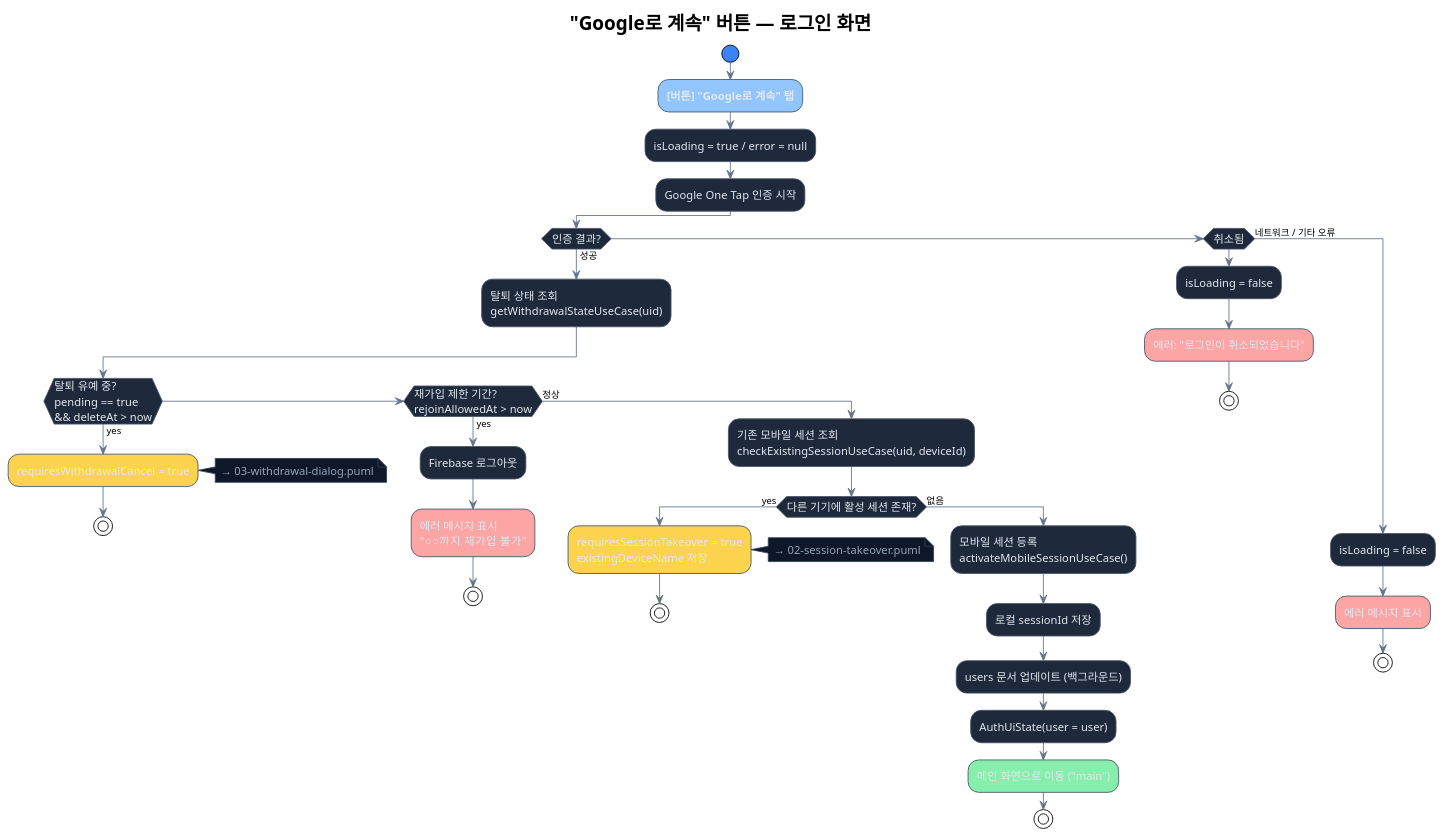
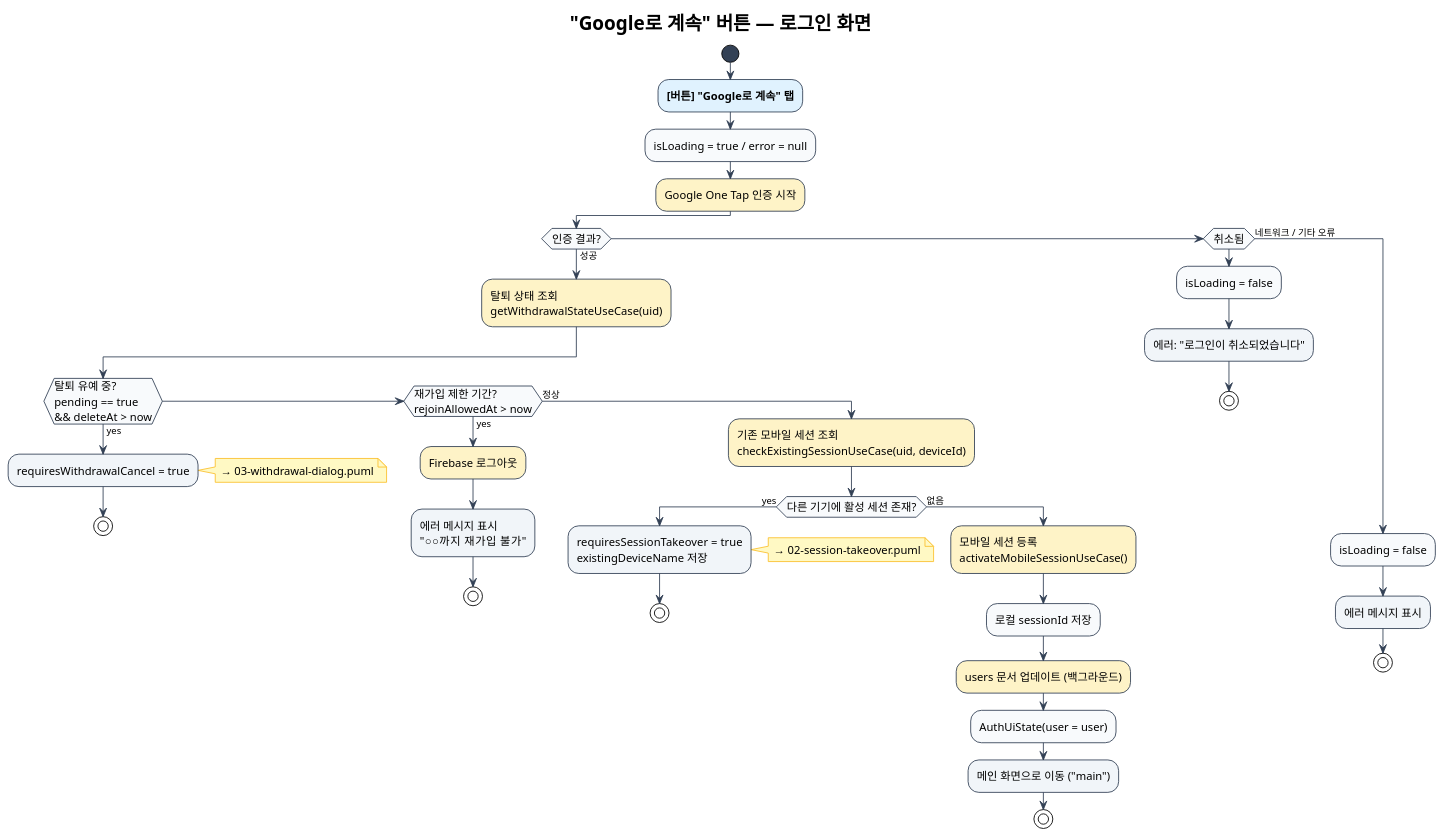
One commit to doubtmyself/ProgeressEye changed the diagram in docs/mobile-app/diagrams/01-login-google.puml. Above: the diagram before and after it, drawn with PlantUML. The commit also changed 12 other files, not shown here.

```diff
--- a/docs/mobile-app/diagrams/01-login-google.puml
+++ b/docs/mobile-app/diagrams/01-login-google.puml
@@ -1,83 +1,85 @@
 @startuml
 !theme plain
 title "Google로 계속" 버튼 — 로그인 화면
 
 skinparam defaultFontSize 13
 skinparam ArrowFontSize 11
 skinparam activity {
-  BackgroundColor #1E293B
-  BorderColor #475569
-  FontColor #E2E8F0
-  StartColor #3B82F6
-  EndColor #3B82F6
-  BarColor #475569
+  BackgroundColor #F8FAFC
+  BorderColor #334155
+  FontColor #000000
+  StartColor #334155
+  EndColor #334155
+  BarColor #334155
 }
-skinparam ArrowColor #64748B
-skinparam NoteBackgroundColor #0F172A
-skinparam NoteBorderColor #334155
-skinparam NoteFontColor #94A3B8
+skinparam note {
+  BackgroundColor #FFF9C4
+  BorderColor #FBC02D
+  FontColor #000000
+}
+skinparam ArrowColor #334155
 
 start
 
-#93C5FD:**[버튼] "Google로 계속" 탭**;
+#E0F2FE:**[버튼] "Google로 계속" 탭**;
 
 :isLoading = true / error = null;
-:Google One Tap 인증 시작;
+#FEF3C7:Google One Tap 인증 시작;
 
 if (인증 결과?) then (성공)
 
-  :탈퇴 상태 조회\ngetWithdrawalStateUseCase(uid);
+  #FEF3C7:탈퇴 상태 조회\ngetWithdrawalStateUseCase(uid);
 
   if (탈퇴 유예 중?\npending == true\n&& deleteAt > now) then (yes)
 
-    #FCD34D:requiresWithdrawalCancel = true;
+    #F1F5F9:requiresWithdrawalCancel = true;
     note right
       → 03-withdrawal-dialog.puml
     end note
     stop
 
   elseif (재가입 제한 기간?\nrejoinAllowedAt > now) then (yes)
 
-    :Firebase 로그아웃;
-    #FCA5A5:에러 메시지 표시\n"○○까지 재가입 불가";
+    #FEF3C7:Firebase 로그아웃;
+    #F1F5F9:에러 메시지 표시\n"○○까지 재가입 불가";
     stop
 
   else (정상)
 
-    :기존 모바일 세션 조회\ncheckExistingSessionUseCase(uid, deviceId);
+    #FEF3C7:기존 모바일 세션 조회\ncheckExistingSessionUseCase(uid, deviceId);
 
     if (다른 기기에 활성 세션 존재?) then (yes)
 
-      #FCD34D:requiresSessionTakeover = true\nexistingDeviceName 저장;
+      #F1F5F9:requiresSessionTakeover = true\nexistingDeviceName 저장;
       note right
         → 02-session-takeover.puml
       end note
       stop
 
     else (없음)
 
-      :모바일 세션 등록\nactivateMobileSessionUseCase();
+      #FEF3C7:모바일 세션 등록\nactivateMobileSessionUseCase();
       :로컬 sessionId 저장;
-      :users 문서 업데이트 (백그라운드);
+      #FEF3C7:users 문서 업데이트 (백그라운드);
       :AuthUiState(user = user);
-      #86EFAC:메인 화면으로 이동 ("main");
+      #F1F5F9:메인 화면으로 이동 ("main");
       stop
 
     endif
   endif
 
 elseif (취소됨) then
 
   :isLoading = false;
-  #FCA5A5:에러: "로그인이 취소되었습니다";
+  #F1F5F9:에러: "로그인이 취소되었습니다";
   stop
 
 else (네트워크 / 기타 오류)
 
   :isLoading = false;
-  #FCA5A5:에러 메시지 표시;
+  #F1F5F9:에러 메시지 표시;
   stop
 
 endif
 
 @enduml
```
